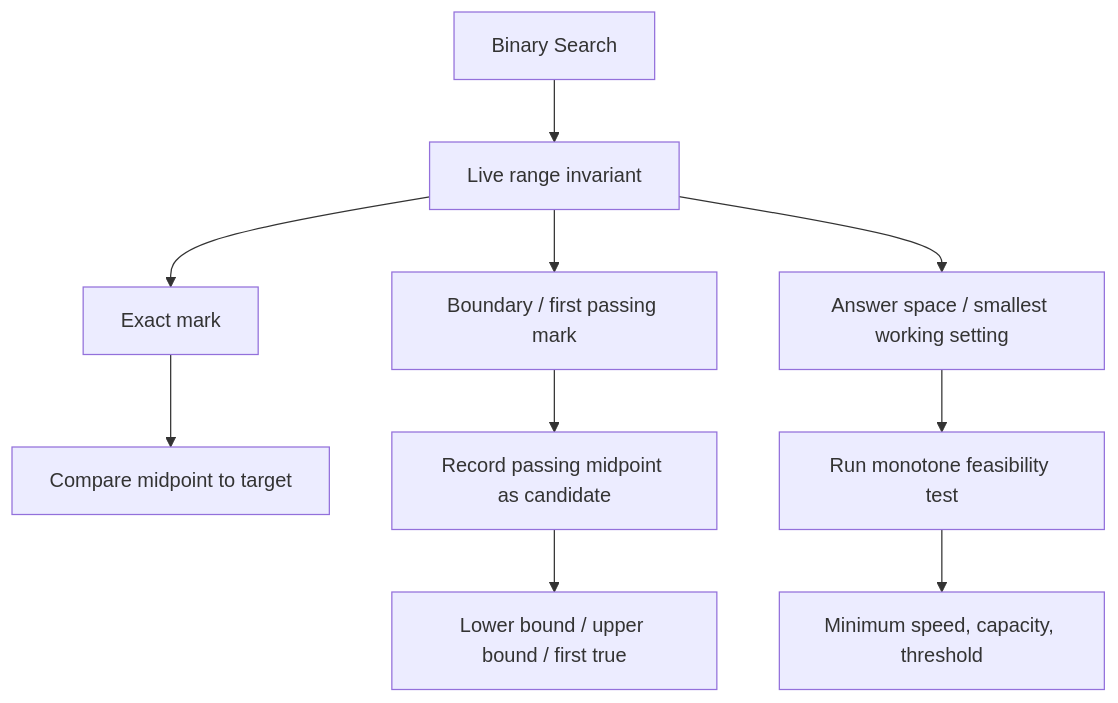
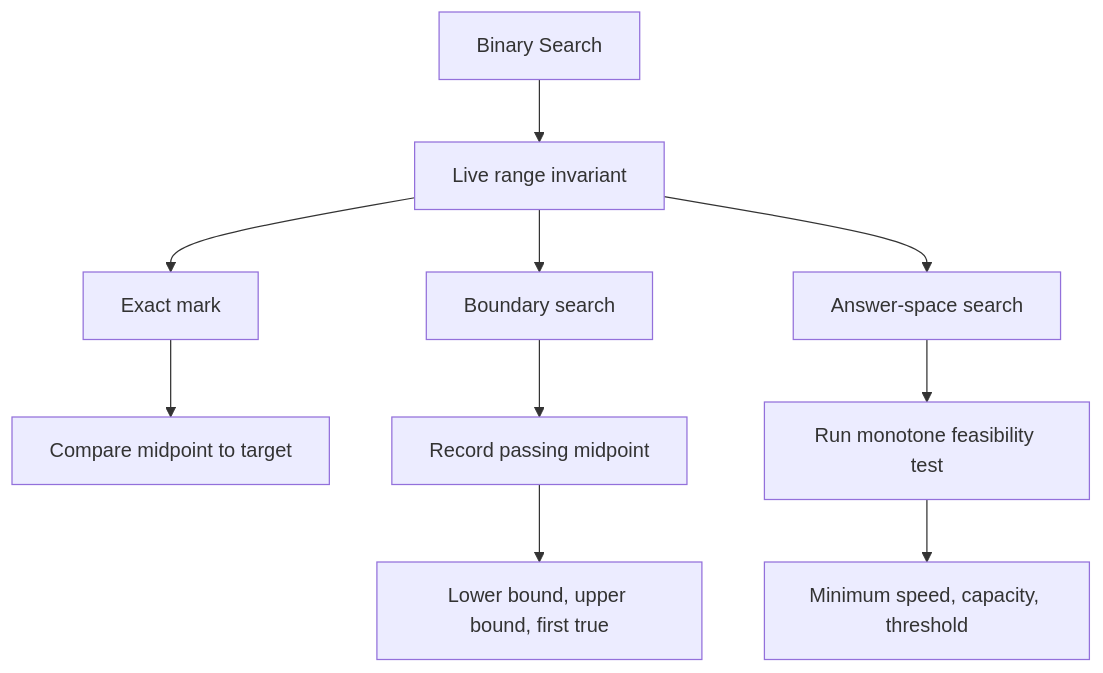
One commit to snesjhon/for-humans changed the third of 4 diagrams in src/app/dsa/fundamentals/binary-search/binary-search-fundamentals.md. Above: the diagram before and after it, drawn with Mermaid. The commit also changed other lines of this file and 57 other files, not shown here.

````diff
--- a/src/app/dsa/fundamentals/binary-search/binary-search-fundamentals.md
+++ b/src/app/dsa/fundamentals/binary-search/binary-search-fundamentals.md
@@ -206,13 +262,12 @@
 ```mermaid
 graph TD
-    BS[Binary Search]
-    BS --> Range[Live range invariant]
+    BS[Binary Search] --> Range[Live range invariant]
     Range --> Exact[Exact mark]
-    Range --> Boundary[Boundary / first passing mark]
-    Range --> Answer[Answer space / smallest working setting]
+    Range --> Boundary[Boundary search]
+    Range --> Answer[Answer-space search]
     Exact --> Compare[Compare midpoint to target]
-    Boundary --> Candidate[Record passing midpoint as candidate]
+    Boundary --> Candidate[Record passing midpoint]
     Answer --> Feasible[Run monotone feasibility test]
-    Candidate --> LowerBound[Lower bound / upper bound / first true]
+    Candidate --> Lower[Lower bound, upper bound, first true]
     Feasible --> Optimize[Minimum speed, capacity, threshold]
 ```
````
